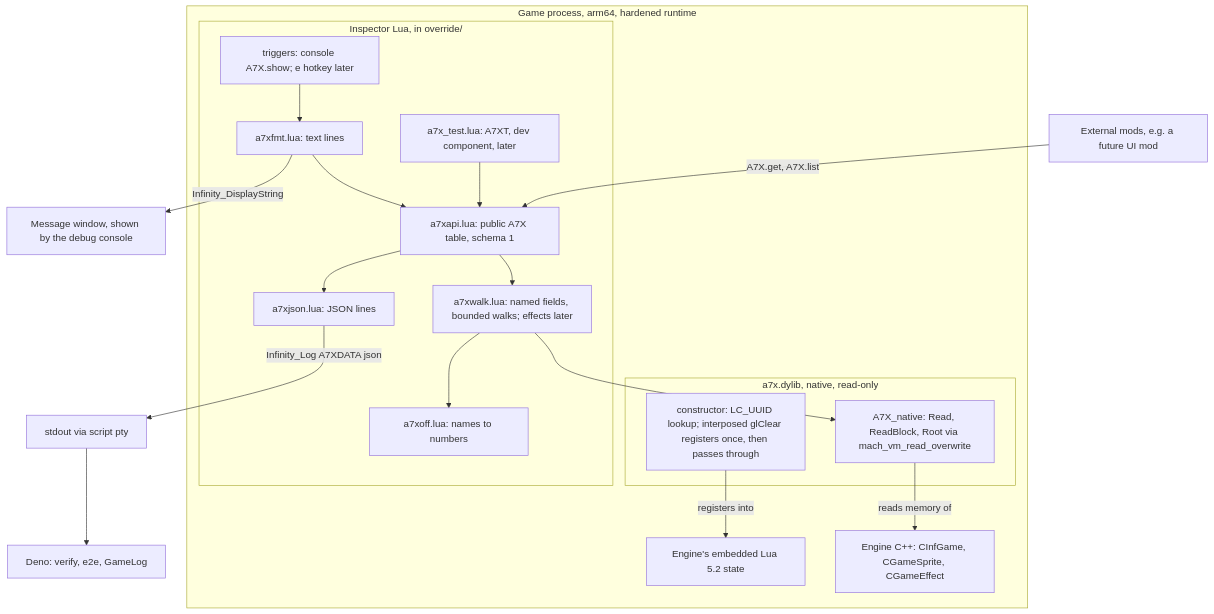
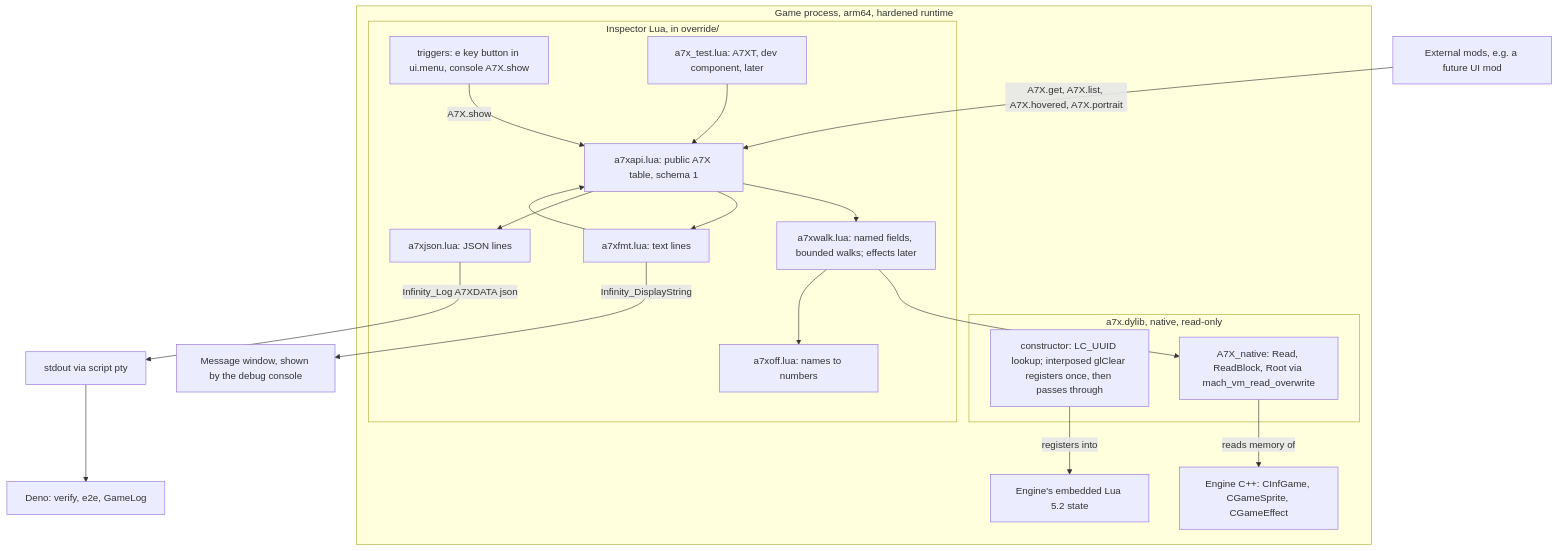
One commit to kabootit/BG2EE-Inspector changed the third of 8 diagrams in docs/architecture.md. Above: the diagram before and after it, drawn with Mermaid. The commit also changed other lines of this file and 8 other files, not shown here.

````diff
--- a/docs/architecture.md
+++ b/docs/architecture.md
@@ -88,33 +87,34 @@
 ```mermaid
 flowchart TD
   subgraph PROC["Game process, arm64, hardened runtime"]
     ENG["Engine C++: CInfGame, CGameSprite, CGameEffect"]
     LUAVM["Engine's embedded Lua 5.2 state"]
     subgraph NAT["a7x.dylib, native, read-only"]
       CT["constructor: LC_UUID lookup; interposed glClear registers once, then passes through"]
       RD["A7X_native: Read, ReadBlock, Root via mach_vm_read_overwrite"]
     end
     subgraph LUA["Inspector Lua, in override/"]
       WK["a7xwalk.lua: named fields, bounded walks; effects later"]
       OF["a7xoff.lua: names to numbers"]
       API["a7xapi.lua: public A7X table, schema 1"]
       FM["a7xfmt.lua: text lines"]
       JS["a7xjson.lua: JSON lines"]
-      TR["triggers: console A7X.show; e hotkey later"]
+      TR["triggers: e key button in ui.menu, console A7X.show"]
       TS["a7x_test.lua: A7XT, dev component, later"]
     end
   end
   RD -- "reads memory of" --> ENG
   CT -- "registers into" --> LUAVM
   WK --> RD
   WK --> OF
   API --> WK
   FM --> API
-  TR --> FM
+  TR -- "A7X.show" --> API
+  API --> FM
   TS --> API
-  EXT["External mods, e.g. a future UI mod"] -- "A7X.get, A7X.list" --> API
+  EXT["External mods, e.g. a future UI mod"] -- "A7X.get, A7X.list, A7X.hovered, A7X.portrait" --> API
   FM -- "Infinity_DisplayString" --> MSG["Message window, shown by the debug console"]
   API --> JS
   JS -- "Infinity_Log A7XDATA json" --> OUT["stdout via script pty"]
   OUT --> DENO["Deno: verify, e2e, GameLog"]
 ```
````
